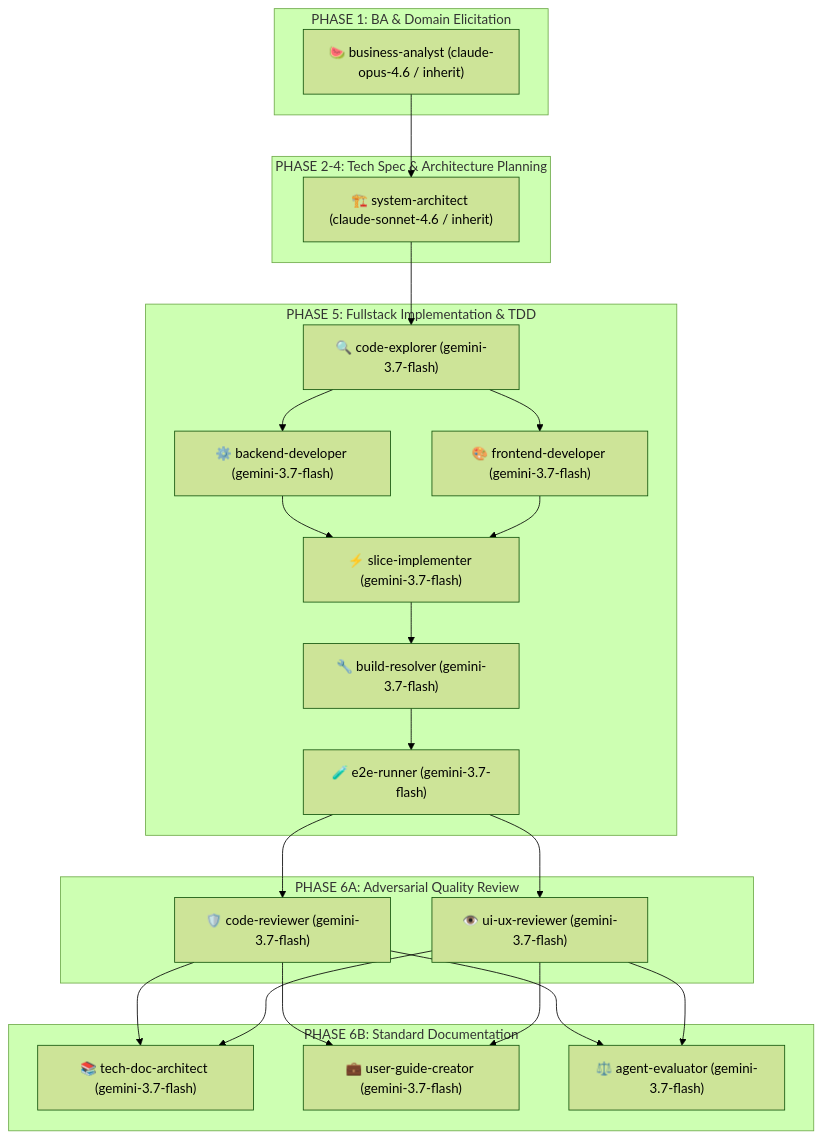
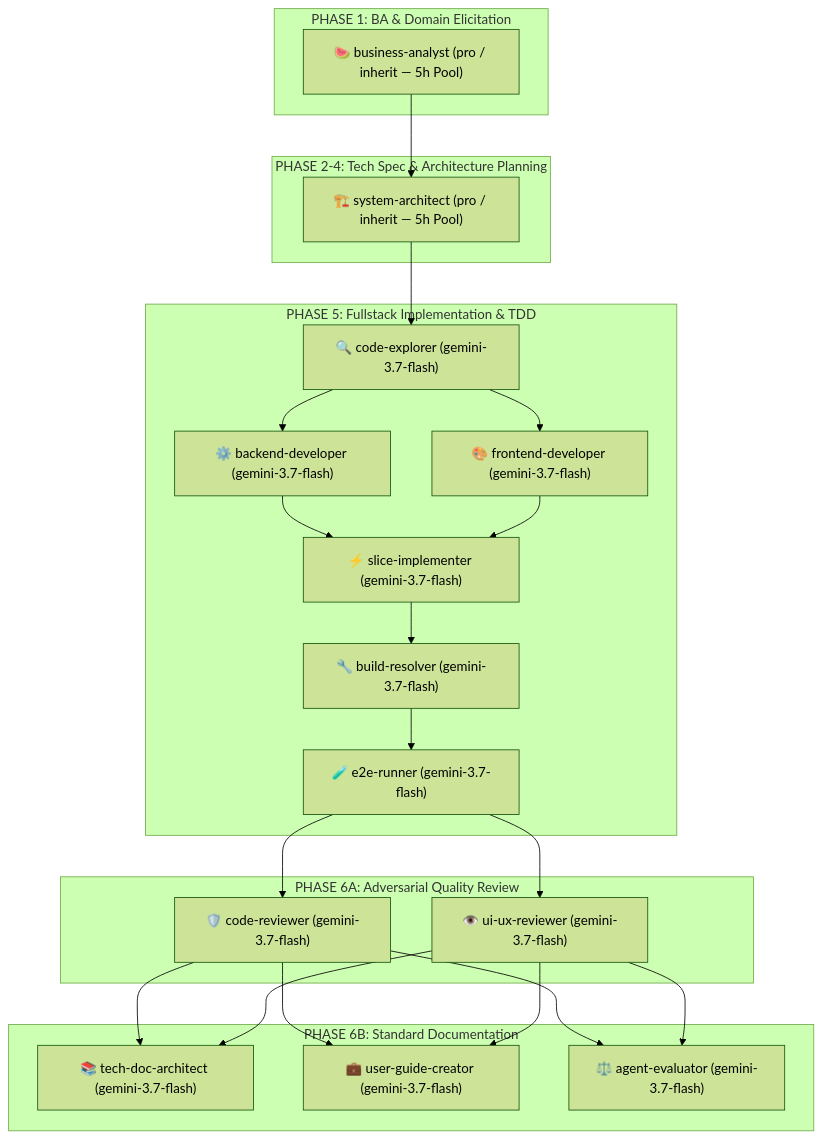
One commit to ahauy/WordStreak changed the diagram in .agents/skills/wordstreak-workflow/SKILL.md. Above: the diagram before and after it, drawn with Mermaid (forest theme). The commit also changed 9 other files, not shown here.

````diff
--- a/.agents/skills/wordstreak-workflow/SKILL.md
+++ b/.agents/skills/wordstreak-workflow/SKILL.md
@@ -33,48 +33,48 @@
 ```mermaid
 graph TD
     subgraph P1 ["PHASE 1: BA & Domain Elicitation"]
-        BA["🍉 business-analyst (claude-opus-4.6 / inherit)"]
+        BA["🍉 business-analyst (pro / inherit — 5h Pool)"]
     end
 
     subgraph P2 ["PHASE 2-4: Tech Spec & Architecture Planning"]
-        SA["🏗️ system-architect (claude-sonnet-4.6 / inherit)"]
+        SA["🏗️ system-architect (pro / inherit — 5h Pool)"]
     end
 
     subgraph P5 ["PHASE 5: Fullstack Implementation & TDD"]
         CE["🔍 code-explorer (gemini-3.7-flash)"]
         BE["⚙️ backend-developer (gemini-3.7-flash)"]
         FE["🎨 frontend-developer (gemini-3.7-flash)"]
         SI["⚡ slice-implementer (gemini-3.7-flash)"]
         BR["🔧 build-resolver (gemini-3.7-flash)"]
         E2E["🧪 e2e-runner (gemini-3.7-flash)"]
 
         CE --> BE
         CE --> FE
         BE --> SI
         FE --> SI
         SI --> BR
         BR --> E2E
     end
 
     subgraph P6A ["PHASE 6A: Adversarial Quality Review"]
         CR["🛡️ code-reviewer (gemini-3.7-flash)"]
         UR["👁️ ui-ux-reviewer (gemini-3.7-flash)"]
     end
 
     subgraph P6B ["PHASE 6B: Standard Documentation"]
         TD["📚 tech-doc-architect (gemini-3.7-flash)"]
         UG["💼 user-guide-creator (gemini-3.7-flash)"]
         AE["⚖️ agent-evaluator (gemini-3.7-flash)"]
     end
 
     BA --> SA
     SA --> CE
     E2E --> CR
     E2E --> UR
     CR --> TD
     CR --> UG
     CR --> AE
     UR --> TD
     UR --> UG
     UR --> AE
 ```
````
